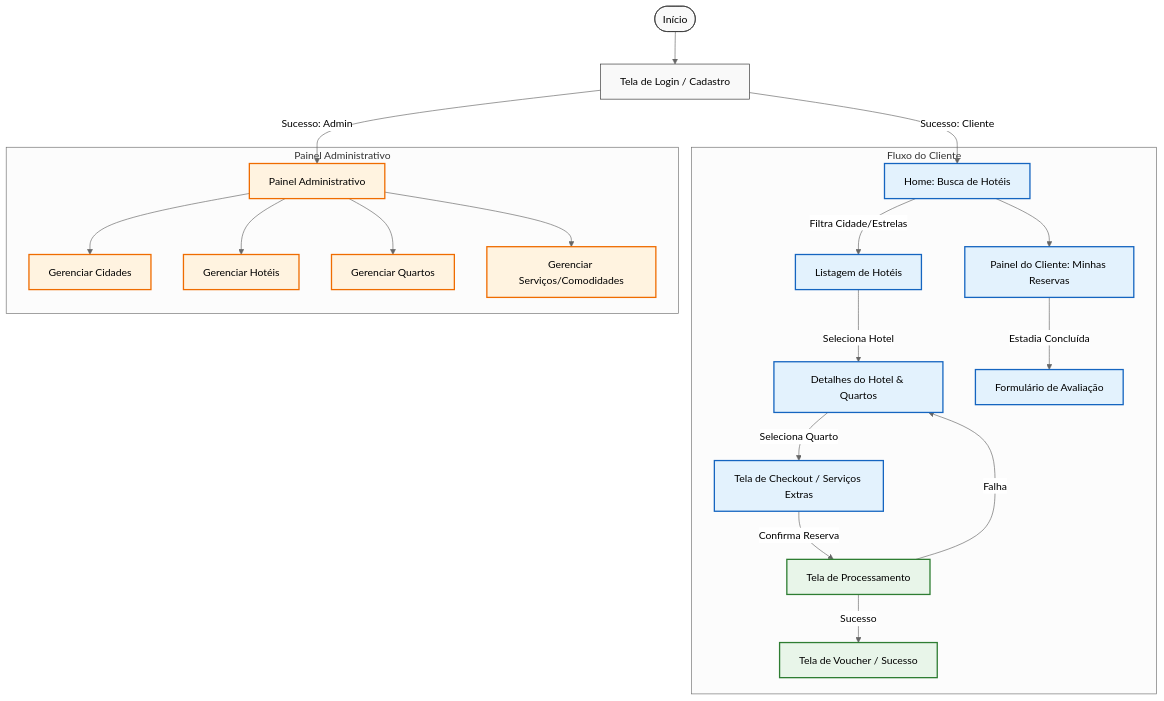
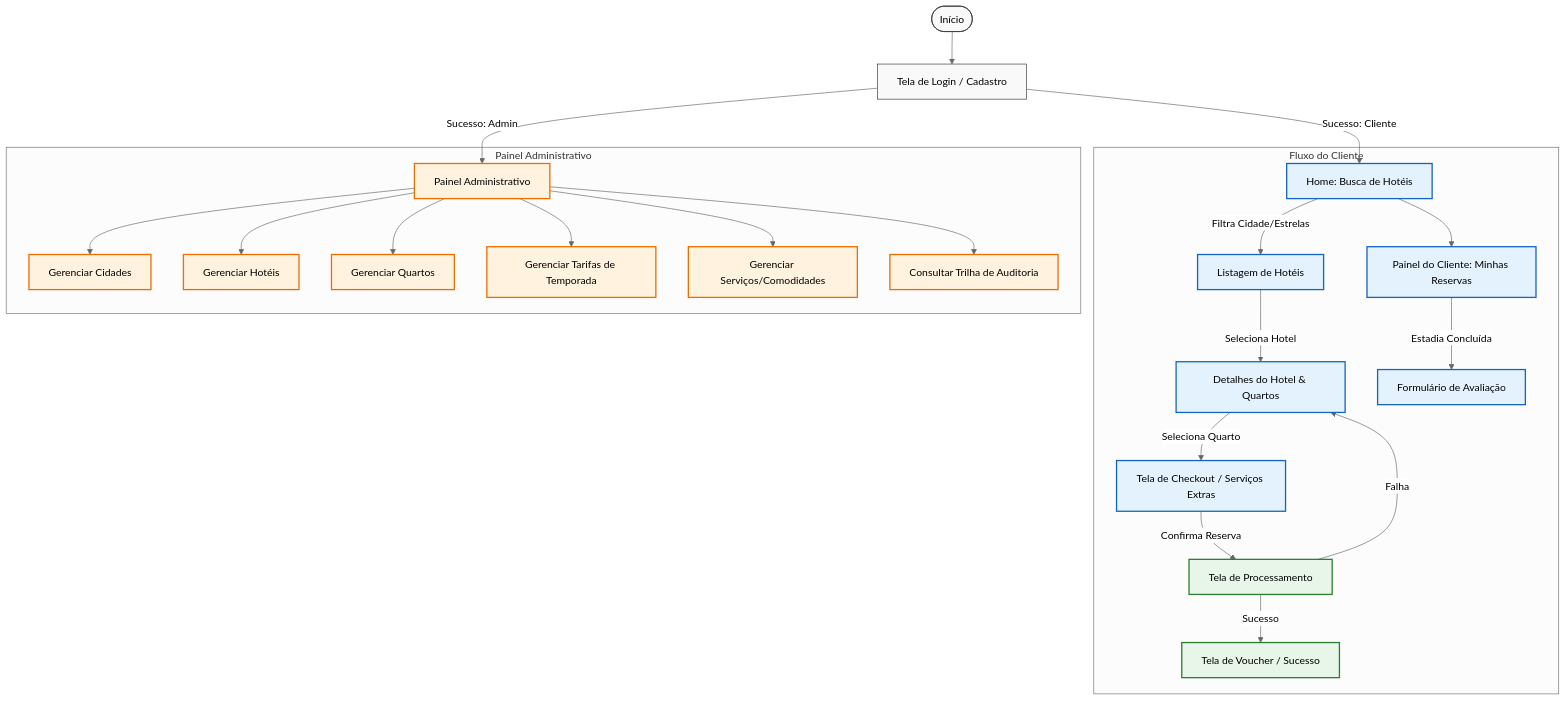
Before and after one commit to prof-ronildo-unicatolica/estagio-desenvolvimento-web: the second of 3 diagrams in docs/03_arquitetura_tecnica/arquitetura_frontend.md, drawn with Mermaid (neutral theme). The commit also changed 4 other files, not shown here.

First line of the commit message:
docs: alinha diagramas de classes, casos de uso, sequencia e ERD

````diff
--- a/docs/03_arquitetura_tecnica/arquitetura_frontend.md
+++ b/docs/03_arquitetura_tecnica/arquitetura_frontend.md
@@ -54,41 +54,43 @@
 ```mermaid
 flowchart TD
     %% Nós de Entrada
     Start([Início]) --> Login[Tela de Login / Cadastro]
     
     %% Decisão de Autenticação
     Login -->|Sucesso: Cliente| Home[Home: Busca de Hotéis]
     Login -->|Sucesso: Admin| AdminDash[Painel Administrativo]
 
     %% Fluxo do Cliente
     subgraph ClienteFlow [Fluxo do Cliente]
         Home -->|Filtra Cidade/Estrelas| ListHoteis[Listagem de Hotéis]
         ListHoteis -->|Seleciona Hotel| DetalheHotel[Detalhes do Hotel & Quartos]
         DetalheHotel -->|Seleciona Quarto| Checkout[Tela de Checkout / Serviços Extras]
         Checkout -->|Confirma Reserva| Processando[Tela de Processamento]
         Processando -->|Sucesso| Sucesso[Tela de Voucher / Sucesso]
         Processando -->|Falha| DetalheHotel
         
         %% Painel do Cliente
         Home --> PainelCliente[Painel do Cliente: Minhas Reservas]
         PainelCliente -->|Estadia Concluída| Avaliar[Formulário de Avaliação]
     end
 
     %% Fluxo Administrativo
     subgraph AdminFlow [Painel Administrativo]
         AdminDash --> GerirCidades[Gerenciar Cidades]
         AdminDash --> GerirHoteis[Gerenciar Hotéis]
         AdminDash --> GerirQuartos[Gerenciar Quartos]
+        AdminDash --> GerirTarifas[Gerenciar Tarifas de Temporada]
         AdminDash --> GerirServicos[Gerenciar Serviços/Comodidades]
+        AdminDash --> VerAuditoria[Consultar Trilha de Auditoria]
     end
 
     %% Estilos de Conexão
     classDef default fill:#f9f9f9,stroke:#333,stroke-width:1px;
     classDef admin fill:#fff3e0,stroke:#ef6c00,stroke-width:2px;
     classDef client fill:#e3f2fd,stroke:#1565c0,stroke-width:2px;
     classDef status fill:#e8f5e9,stroke:#2e7d32,stroke-width:2px;
     
-    class AdminDash,GerirCidades,GerirHoteis,GerirQuartos,GerirServicos admin;
+    class AdminDash,GerirCidades,GerirHoteis,GerirQuartos,GerirTarifas,GerirServicos,VerAuditoria admin;
     class Home,ListHoteis,DetalheHotel,Checkout,PainelCliente,Avaliar client;
     class Processando,Sucesso status;
 ```
````
